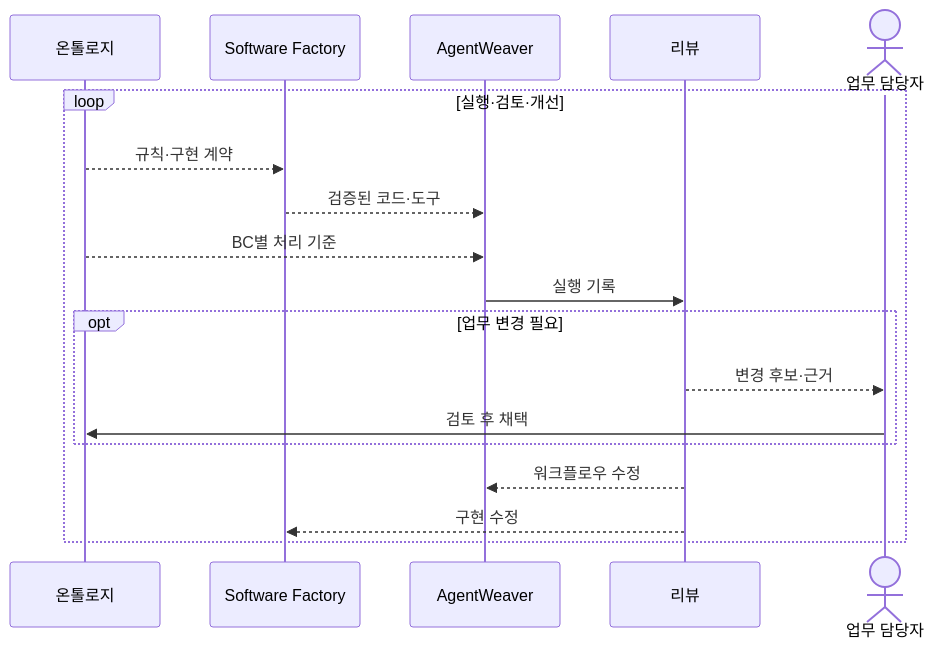
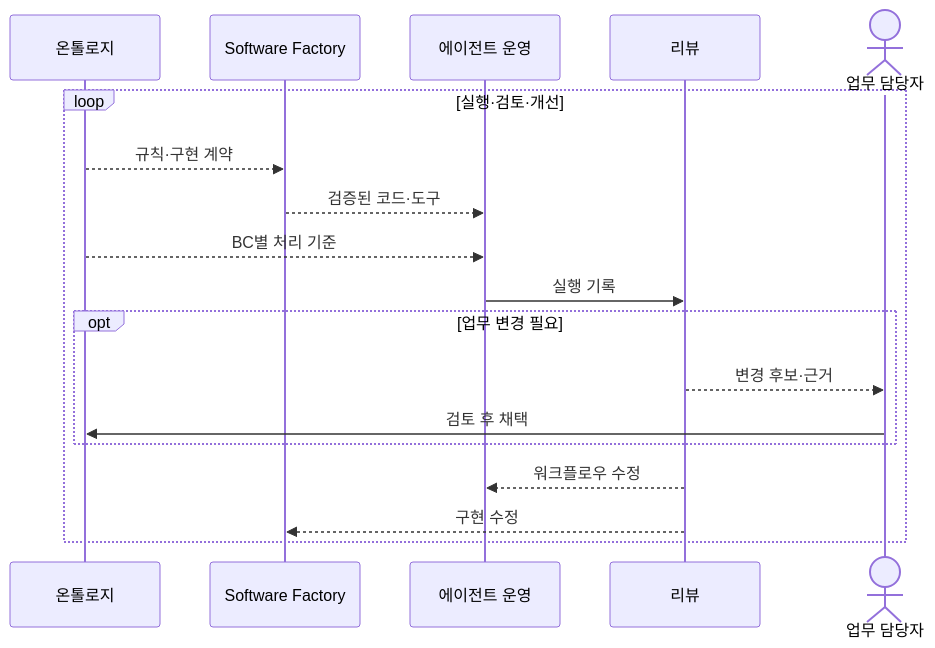
The tenth of 10 diagrams in _posts/2026-11-05-enterprise-wide-ax-essentials.md (haandol/haandol.github.com), drawn with Mermaid before and after one commit. The commit also changed other lines of this file and 1 other file, not shown here.

````diff
--- a/_posts/2026-11-05-enterprise-wide-ax-essentials.md
+++ b/_posts/2026-11-05-enterprise-wide-ax-essentials.md
@@ -394,20 +421,20 @@
 ```mermaid
 sequenceDiagram
   participant K as 온톨로지
   participant F as Software Factory
-  participant W as AgentWeaver
+  participant W as 에이전트 운영
   participant R as 리뷰
   actor O as 업무 담당자
   loop 실행·검토·개선
     K-->>F: 규칙·구현 계약
     F-->>W: 검증된 코드·도구
     K-->>W: BC별 처리 기준
     W->>R: 실행 기록
     opt 업무 변경 필요
       R-->>O: 변경 후보·근거
       O->>K: 검토 후 채택
     end
     R-->>W: 워크플로우 수정
     R-->>F: 구현 수정
   end
 ```
````
